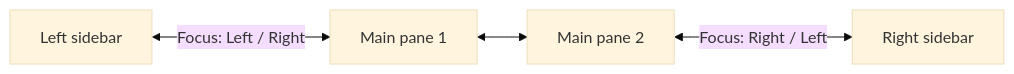
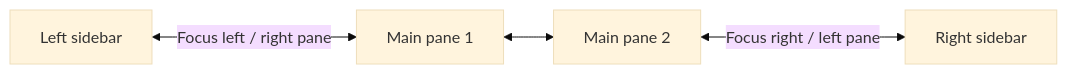
Before and after one commit to masaki39/obsidian-crystal: the diagram in docs/en/workspace.md, drawn with Mermaid (base theme). The commit also changed other lines of this file and 37 other files, not shown here.

````diff
--- a/docs/en/workspace.md
+++ b/docs/en/workspace.md
@@ -49,6 +49,6 @@
 ```mermaid
 flowchart LR
-  L[Left sidebar] <-- "Focus: Left / Right" --> M1[Main pane 1]
+  L[Left sidebar] <-- "Focus left / right pane" --> M1[Main pane 1]
   M1 <--> M2[Main pane 2]
-  M2 <-- "Focus: Right / Left" --> R[Right sidebar]
+  M2 <-- "Focus right / left pane" --> R[Right sidebar]
 ```
````
